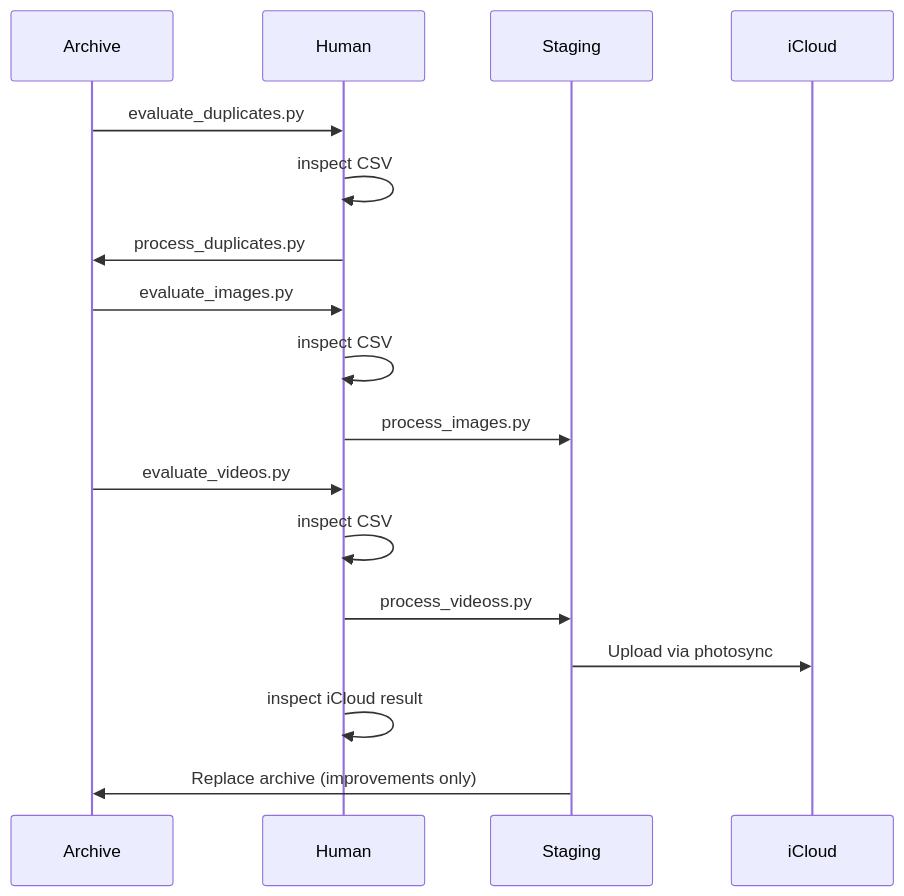
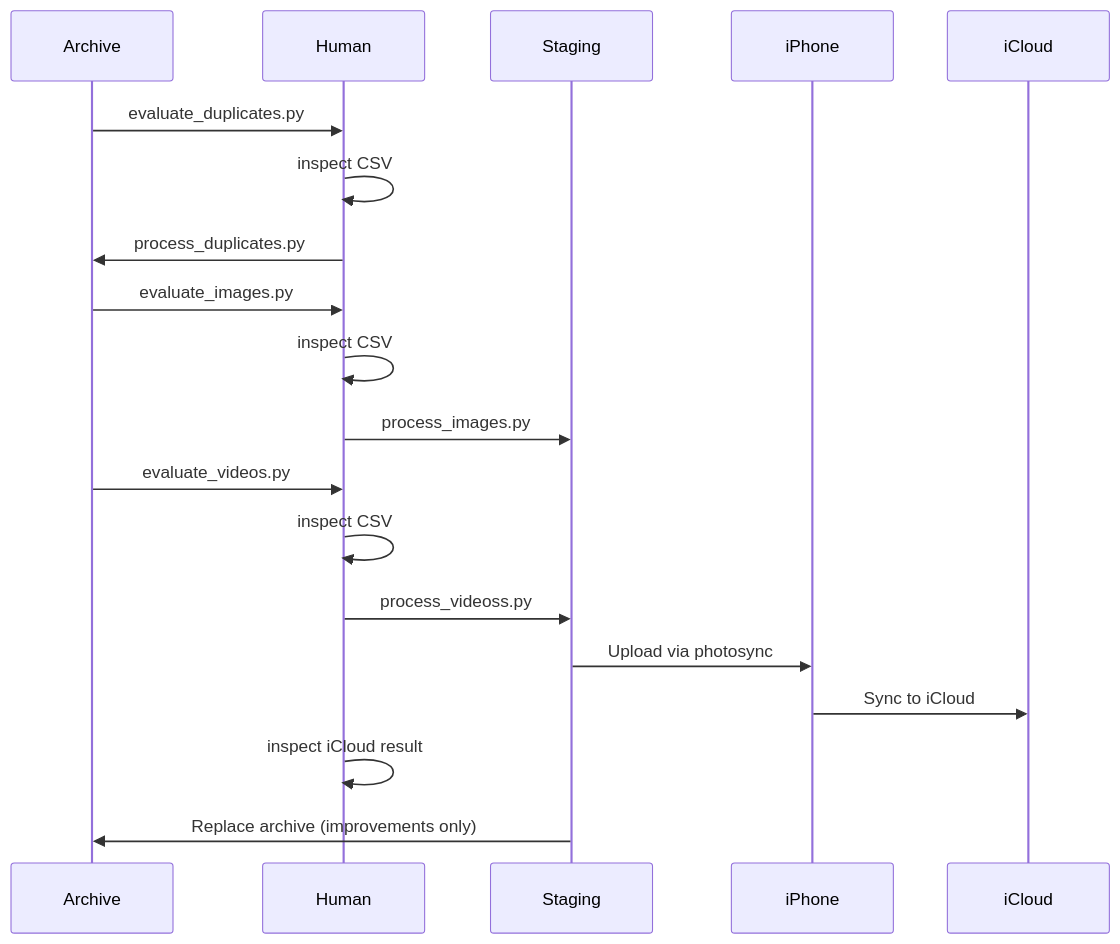
Before and after one commit to jorritvm/icloud_reingest: the diagram in README.md, drawn with Mermaid.

Commit message:
improve sequence diagram

````diff
--- a/README.md
+++ b/README.md
@@ -55,25 +55,28 @@
 ```mermaid
 sequenceDiagram
     participant Archive as Archive
     participant Human as Human
     participant Staging as Staging
+    participant iPhone as iPhone
     participant iCloud as iCloud
 
     Archive ->> Human: evaluate_duplicates.py
     Human ->> Human: inspect CSV
     Human ->> Archive: process_duplicates.py
 
     Archive ->> Human: evaluate_images.py
     Human ->> Human: inspect CSV
     Human ->> Staging: process_images.py
 
     Archive ->> Human: evaluate_videos.py
     Human ->> Human: inspect CSV
     Human ->> Staging: process_videoss.py
 
-    Staging ->> iCloud: Upload via photosync
+    Staging ->> iPhone: Upload via photosync
+    
+    iPhone ->> iCloud: Sync to iCloud
 
     Human ->> Human: inspect iCloud result
 
     Staging ->> Archive: Replace archive (improvements only)
 ```
````
